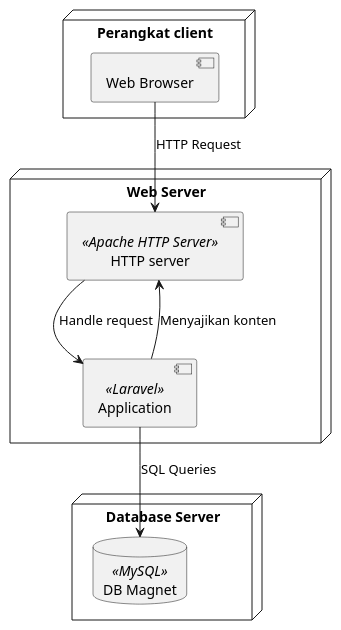
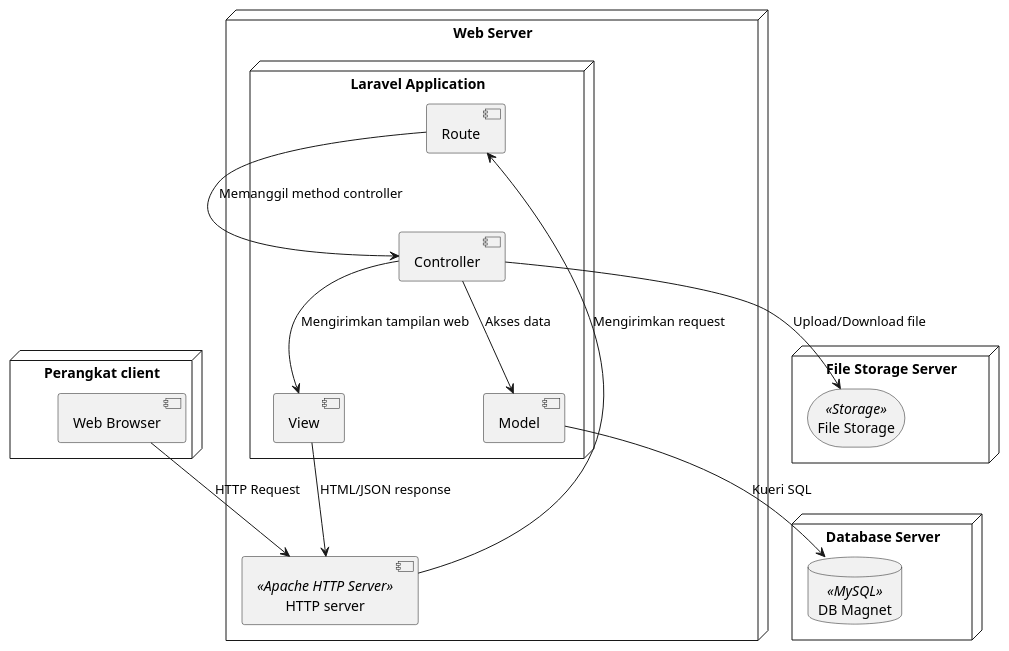
The diagram in docs/deployment-diagram/deployment-diagram.plantuml (petrusthelastking/MAGNET-Magang-Network-And-Tracking), drawn with PlantUML before and after one commit.

Commit message:
doc: update deployment diagram v2.0

```diff
--- a/docs/deployment-diagram/deployment-diagram.plantuml
+++ b/docs/deployment-diagram/deployment-diagram.plantuml
@@ -1,21 +1,36 @@
 @startuml
 
 node "Perangkat client" {
   [Web Browser]
 }
 
 node "Web Server" {
   component "HTTP server" <<Apache HTTP Server>>
-  component "Application" <<Laravel>>
+
+  node "Laravel Application" {
+    component "Route"
+    component "Controller"
+    component "Model"
+    component "View"
+  }
 }
 
 node "Database Server" {
-    database "DB Magnet" <<MySQL>>
+  database "DB Magnet" <<MySQL>>
 }
 
+node "File Storage Server" {
+  storage "File Storage" <<Storage>>
+}
+
+' Connections
 [Web Browser] --> "HTTP server" : HTTP Request
-"HTTP server" --> "Application" : Handle request
-"Application" --> "HTTP server" : Menyajikan konten
-"Application" --> "DB Magnet" : SQL Queries
+"HTTP server" --> "Route" : Mengirimkan request
+"Route" --> "Controller" : Memanggil method controller
+"Controller" --> "Model" : Akses data
+"Controller" --> "View" : Mengirimkan tampilan web
+"Model" --> "DB Magnet" : Kueri SQL
+"View" --> "HTTP server" : HTML/JSON response
+"Controller" --> "File Storage" : Upload/Download file
 
 @enduml
```
